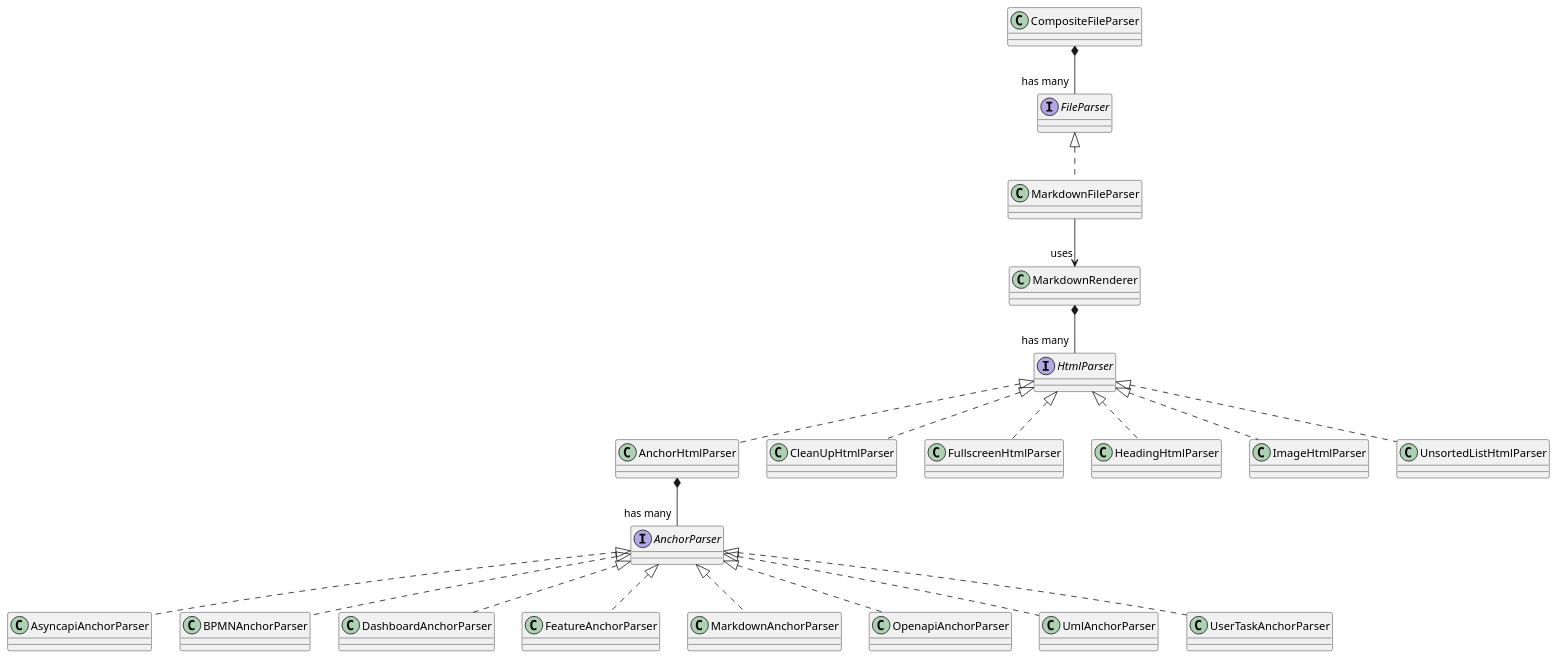
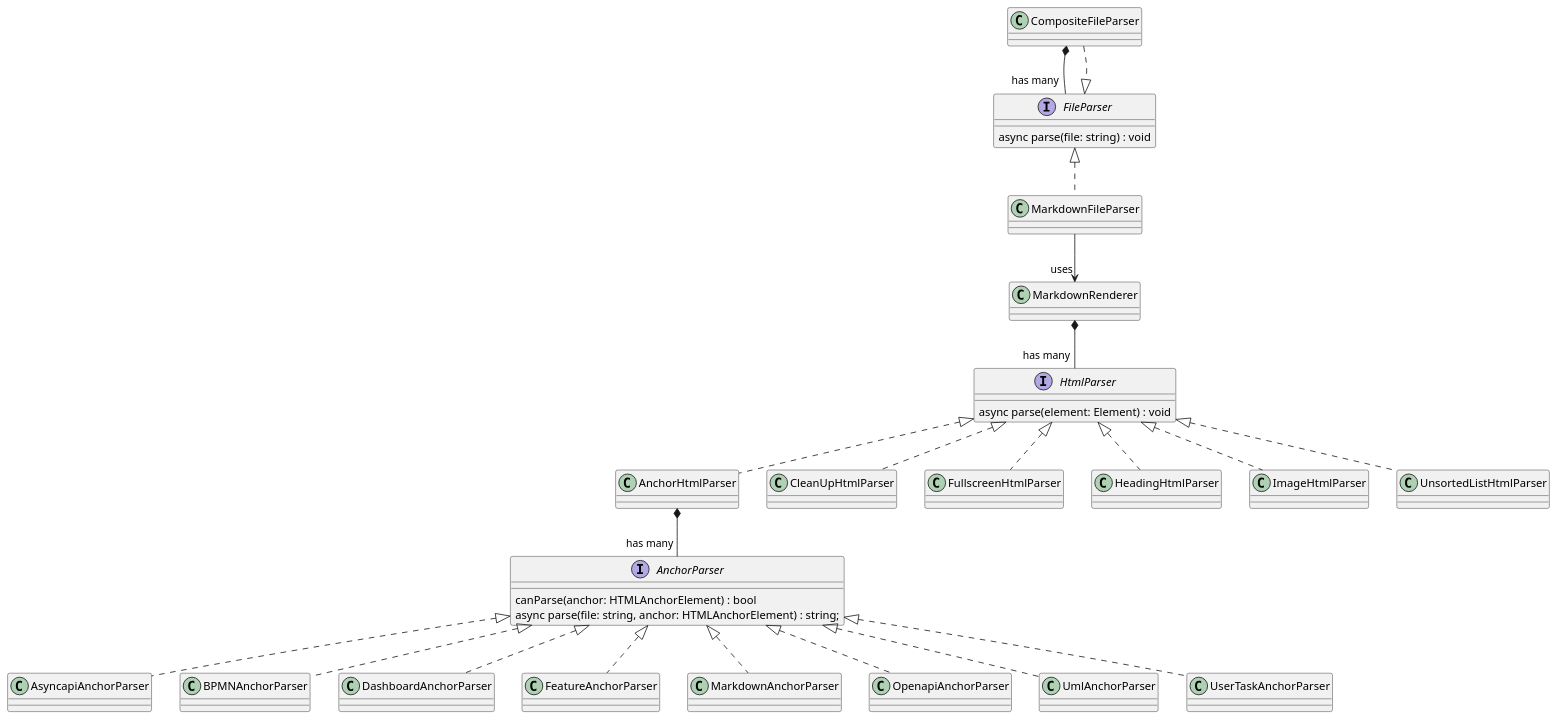
Before and after one commit to synionnl/products: the diagram in docs/md-docs-cli/index.md, drawn with PlantUML.

````diff
--- a/docs/md-docs-cli/index.md
+++ b/docs/md-docs-cli/index.md
@@ -84,53 +84,61 @@
 ```plantuml
 @startuml
 
 class MarkdownRenderer
 
-interface FileParser
+interface FileParser {
+    async parse(file: string) : void
+}
 class CompositeFileParser
 Class MarkdownFileParser
 
-interface HtmlParser
+interface HtmlParser {
+    async parse(element: Element) : void
+}
 class AnchorHtmlParser
 class CleanUpHtmlParser
 class FullscreenHtmlParser
 class HeadingHtmlParser
 class ImageHtmlParser
 class UnsortedListHtmlParser
 
-interface AnchorParser
+interface AnchorParser {
+    canParse(anchor: HTMLAnchorElement) : bool
+    async parse(file: string, anchor: HTMLAnchorElement) : string;
+}
 class AsyncapiAnchorParser
 class BPMNAnchorParser
 class DashboardAnchorParser
 class FeatureAnchorParser
 class MarkdownAnchorParser
 class OpenapiAnchorParser
 class UmlAnchorParser
 class UserTaskAnchorParser
 
 CompositeFileParser *-- "has many" FileParser
 FileParser <|.. MarkdownFileParser
+CompositeFileParser ..|> FileParser
 
 MarkdownFileParser --> "uses" MarkdownRenderer
 
 MarkdownRenderer *-- "has many" HtmlParser
 
 HtmlParser <|.. AnchorHtmlParser
 HtmlParser <|.. CleanUpHtmlParser
 HtmlParser <|.. FullscreenHtmlParser
 HtmlParser <|.. HeadingHtmlParser
 HtmlParser <|.. ImageHtmlParser
 HtmlParser <|.. UnsortedListHtmlParser
 
 AnchorHtmlParser *-- "has many" AnchorParser
 AnchorParser <|.. AsyncapiAnchorParser
 AnchorParser <|.. BPMNAnchorParser
 AnchorParser <|.. DashboardAnchorParser
 AnchorParser <|.. FeatureAnchorParser
 AnchorParser <|.. MarkdownAnchorParser
 AnchorParser <|.. OpenapiAnchorParser
 AnchorParser <|.. UmlAnchorParser
 AnchorParser <|.. UserTaskAnchorParser
 
 @enduml
 ```
````
